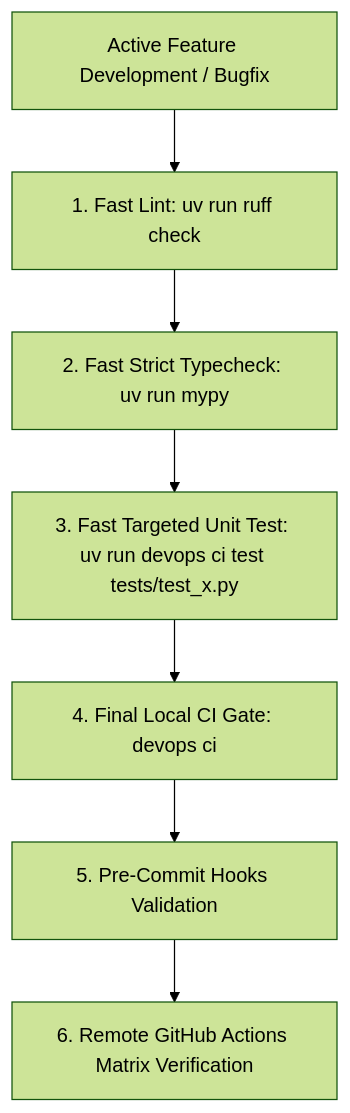
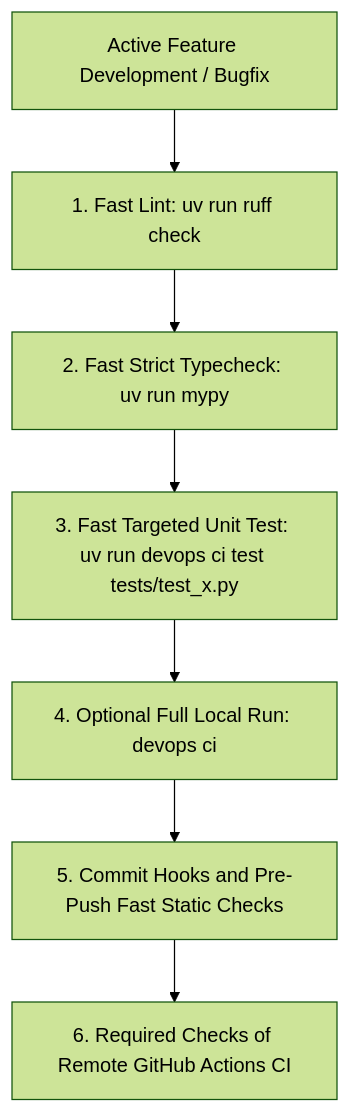
Before and after one commit to dan-petty/devops-cli: the diagram in src/devops_cli/ai/knowledge_base/it_domains/topics/continuous_integration_and_progressive_verification.md, drawn with Mermaid (forest theme). The commit also changed other lines of this file and 25 other files, not shown here.

First line of the commit message:
ci(gate): required status checks gate the merge and the pre-push hook runs the fast static checks

````diff
--- a/src/devops_cli/ai/knowledge_base/it_domains/topics/continuous_integration_and_progressive_verification.md
+++ b/src/devops_cli/ai/knowledge_base/it_domains/topics/continuous_integration_and_progressive_verification.md
@@ -20,9 +20,9 @@
 ```mermaid
 graph TD
     A[Active Feature Development / Bugfix] --> B[1. Fast Lint: uv run ruff check]
     B --> C[2. Fast Strict Typecheck: uv run mypy]
     C --> D[3. Fast Targeted Unit Test: uv run devops ci test tests/test_x.py]
-    D --> E[4. Final Local CI Gate: devops ci]
-    E --> F[5. Pre-Commit Hooks Validation]
-    F --> G[6. Remote GitHub Actions Matrix Verification]
+    D --> E[4. Optional Full Local Run: devops ci]
+    E --> F[5. Commit Hooks and Pre-Push Fast Static Checks]
+    F --> G[6. Required Checks of Remote GitHub Actions CI]
 ```
````
